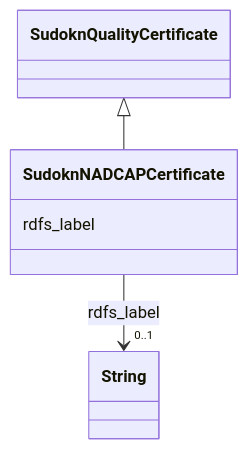
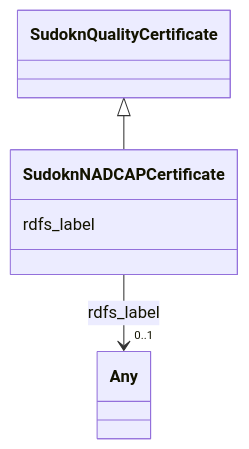
One commit to frink-okn/graph-descriptions changed the diagram in sudokn-kg/classes/SudoknNADCAPCertificate.md. Above: the diagram before and after it, drawn with Mermaid. The commit also changed other lines of this file and 903 other files, not shown here.

````diff
--- a/sudokn-kg/classes/SudoknNADCAPCertificate.md
+++ b/sudokn-kg/classes/SudoknNADCAPCertificate.md
@@ -23,18 +18,18 @@
 ```mermaid
  classDiagram
     class SudoknNADCAPCertificate
     click SudoknNADCAPCertificate href "../SudoknNADCAPCertificate"
       SudoknQualityCertificate <|-- SudoknNADCAPCertificate
         click SudoknQualityCertificate href "../SudoknQualityCertificate"
       
       SudoknNADCAPCertificate : rdfs_label
         
           
     
     
-    SudoknNADCAPCertificate --> "0..1" String : rdfs_label
-    click String href "../String"
+    SudoknNADCAPCertificate --> "0..1" Any : rdfs_label
+    click Any href "../Any"
 
         
       
 ```
````
